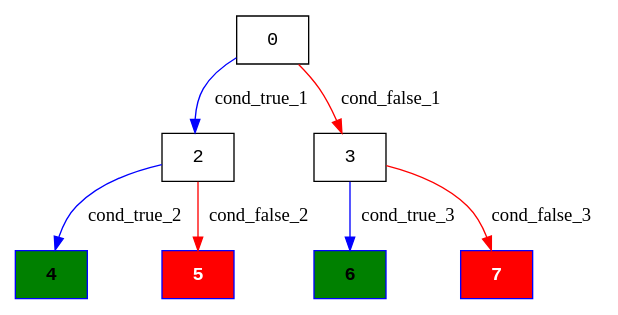
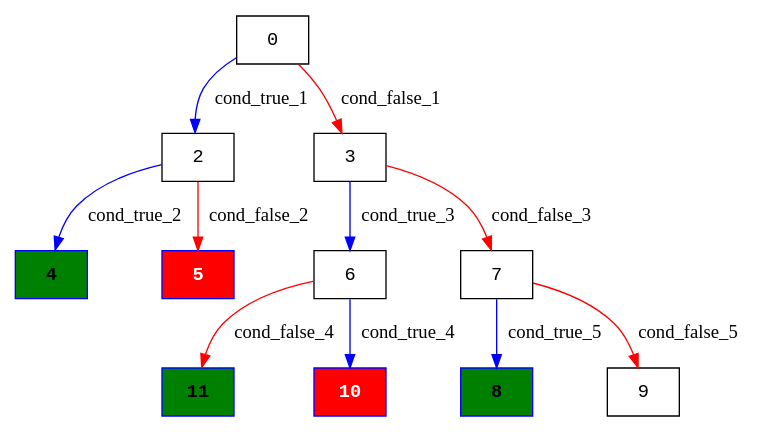
One commit to Research-Tools-PAVT/PSE-Program-Examples changed the diagram in klee_results/randomized_response_assumes_processed/randomized_response_assumes_execution_tree.dot. Above: the diagram before and after it, drawn with Graphviz. The commit also changed 86 other files, not shown here.

```diff
--- a/klee_results/randomized_response_assumes_processed/randomized_response_assumes_execution_tree.dot
+++ b/klee_results/randomized_response_assumes_processed/randomized_response_assumes_execution_tree.dot
@@ -1,13 +1,18 @@
 digraph ExecutionTree {
 	node [color=black fontname=Courier height=.5 shape=record]
-	6 [color=blue, fillcolor=green, style=filled, fontcolor=black, fontname="Courier-Bold"]
+	8 [color=blue, fillcolor=green, style=filled, fontcolor=black, fontname="Courier-Bold"]
 	4 [color=blue, fillcolor=green, style=filled, fontcolor=black, fontname="Courier-Bold"]
-	7 [color=blue, fillcolor=red, style=filled, fontcolor=white, fontname="Courier-Bold"]
+	11 [color=blue, fillcolor=green, style=filled, fontcolor=black, fontname="Courier-Bold"]
 	5 [color=blue, fillcolor=red, style=filled, fontcolor=white, fontname="Courier-Bold"]
+	10 [color=blue, fillcolor=red, style=filled, fontcolor=white, fontname="Courier-Bold"]
 	0 -> 2 [label=cond_true_1 color=blue]
 	0 -> 3 [label=cond_false_1 color=red]
 	2 -> 4 [label=cond_true_2 color=blue]
 	2 -> 5 [label=cond_false_2 color=red]
 	3 -> 6 [label=cond_true_3 color=blue]
 	3 -> 7 [label=cond_false_3 color=red]
+	6 -> 10 [label=cond_true_4 color=blue]
+	6 -> 11 [label=cond_false_4 color=red]
+	7 -> 8 [label=cond_true_5 color=blue]
+	7 -> 9 [label=cond_false_5 color=red]
 }
```
